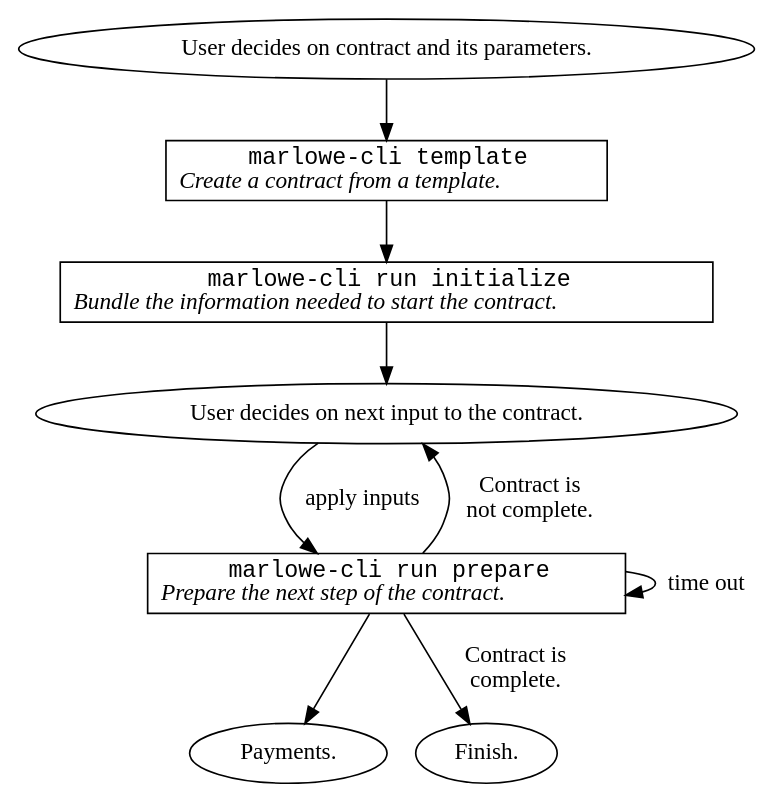
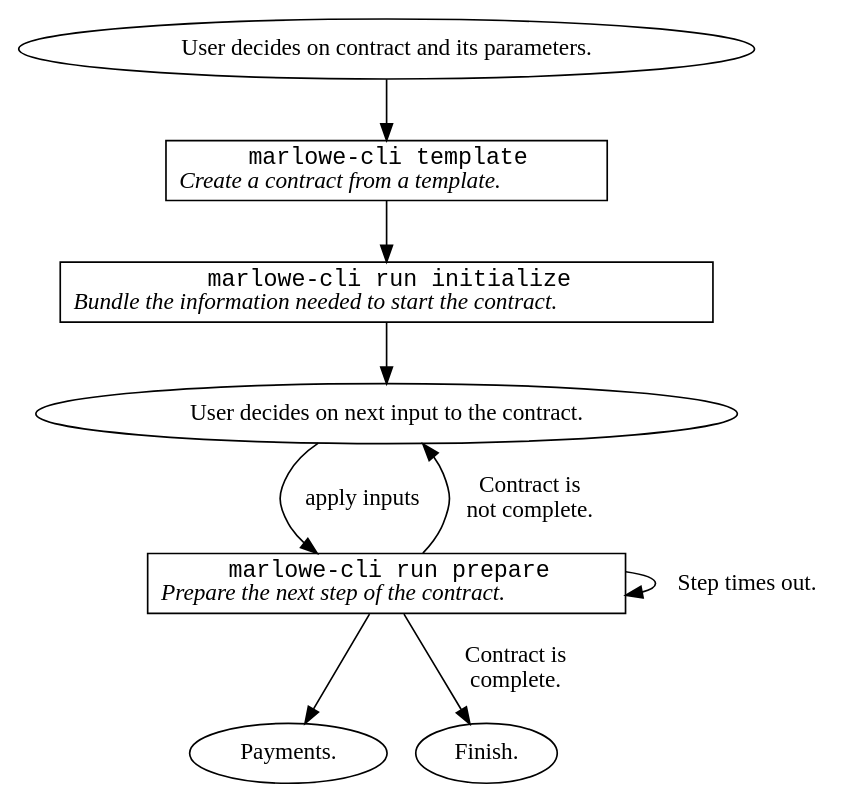
Before and after one commit to input-output-hk/real-world-marlowe: the diagram in diagrams/high-level-abstract.dot, drawn with Graphviz. The commit also changed 14 other files, not shown here.

Commit message:
SCP-3691 Tweaked diagrams.

```diff
--- a/diagrams/high-level-abstract.dot
+++ b/diagrams/high-level-abstract.dot
@@ -1,45 +1,45 @@
-digraph MarloweHL {
+digraph HighLevelAbstract {
 
 
 node [shape=box]
 
 
 UserSelect [shape=oval label="User decides on contract and its parameters."]
 
 
 Template [label=<<font face="monospace">marlowe-cli template</font><br/><i>Create a contract from a template.</i>>]
 
 UserSelect -> Template
 
 
 Initialize [label=<<font face="monospace">marlowe-cli run initialize</font><br/><i>Bundle the information needed to start the contract.</i>>]
 
 Template -> Initialize
 
 
 Payments [shape=oval label="Payments."]
 
 Prepare -> Payments
 
 
 UserInput [shape=oval label="User decides on next input to the contract."]
 
 Initialize -> UserInput
 
 Prepare -> UserInput [label="Contract is\nnot complete."]
 
 
 Prepare [label=<<font face="monospace">marlowe-cli run prepare</font><br/><i>Prepare the next step of the contract.</i>>]
 
 UserInput -> Prepare [label="apply inputs"]
 
 
-Prepare -> Prepare [label="time out"]
+Prepare -> Prepare [label="Step times out."]
 
 
 Close [shape=oval label="Finish."]
 
 Prepare -> Close [label="Contract is\ncomplete."]
 
 
 }
```
